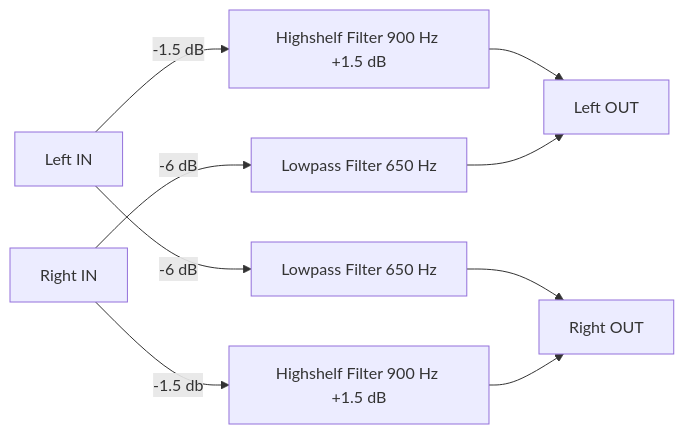
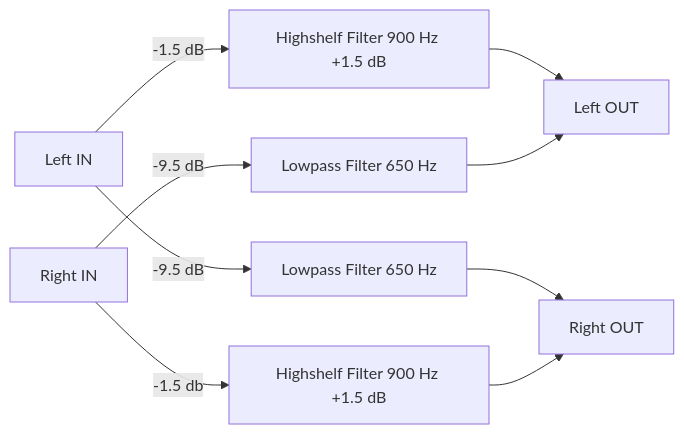
One commit to Ebert-Hanke/autoeq2camilladsp changed the fourth of 4 diagrams in readme.md. Above: the diagram before and after it, drawn with Mermaid.

Commit message:
readme update

````diff
--- a/readme.md
+++ b/readme.md
@@ -63,7 +63,7 @@
 ```mermaid
 graph LR
 A[Left IN]-- -1.5 dB --> G[Highshelf Filter 900 Hz +1.5 dB]--> B[Left OUT]
-A -- -6 dB --> E[Lowpass Filter 650 Hz] --> D
+A -- -9.5 dB --> E[Lowpass Filter 650 Hz] --> D
 C[Right IN]-- -1.5 db -->H[Highshelf Filter 900 Hz +1.5 dB]-->D[Right OUT]
-C -- -6 dB --> F[Lowpass Filter 650 Hz] --> B
+C -- -9.5 dB --> F[Lowpass Filter 650 Hz] --> B
 ```
````
